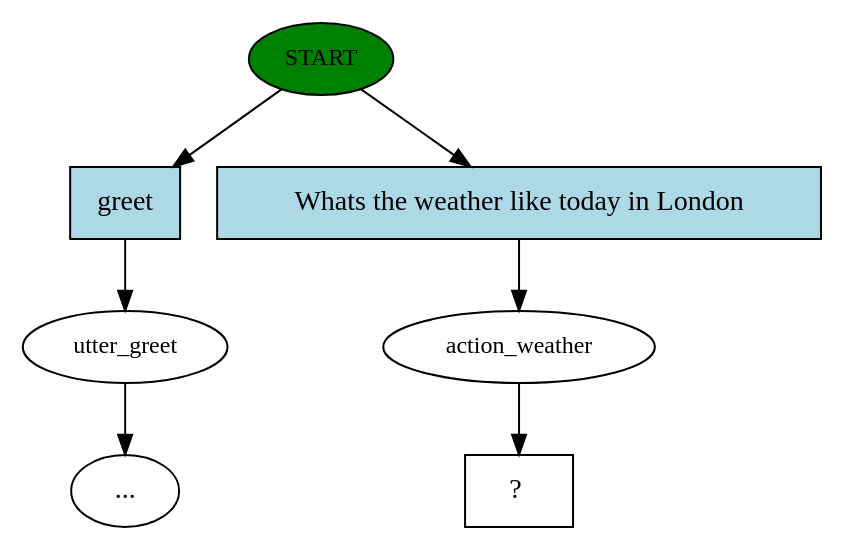
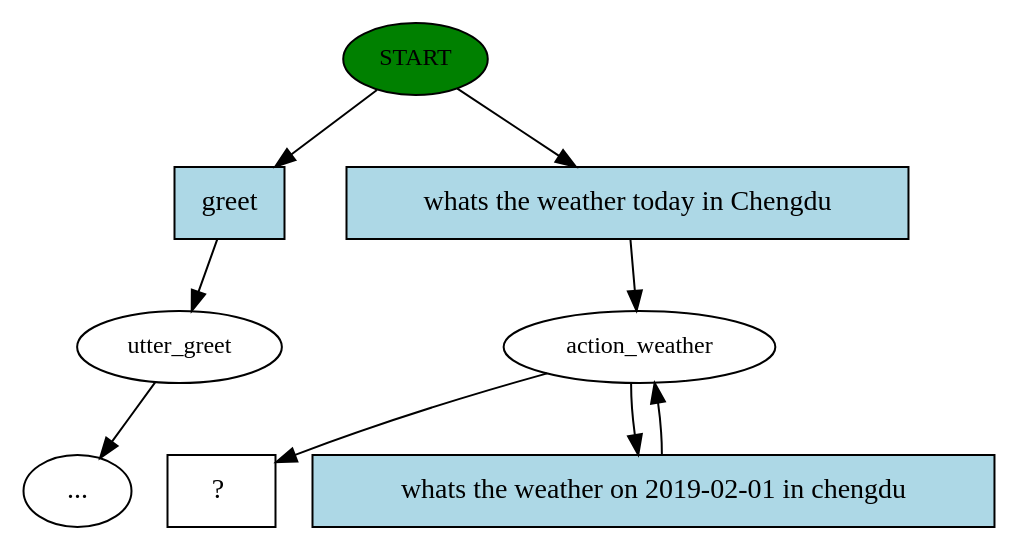
The diagram in story_graph.dot (ryang420/active_bot), drawn with Graphviz before and after one commit. The commit also changed 7 other files, not shown here.

```diff
--- a/story_graph.dot
+++ b/story_graph.dot
@@ -1,15 +1,18 @@
 digraph  {
 0 [class="start active", fillcolor=green, fontsize=12, label=START, style=filled];
 1 [class="", fontsize=12, label=utter_greet];
 "-6" [class=ellipsis, label="..."];
 5 [class=active, fontsize=12, label=action_weather];
-6 [class="intent dashed active", label="  ?  ", shape=rect];
-7 [class=intent, fillcolor=lightblue, label=greet, shape=rect, style=filled];
-8 [class="intent active", fillcolor=lightblue, label="Whats the weather like today in London", shape=rect, style=filled];
-0 -> 7  [class="", key=0];
-0 -> 8  [class=active, key=0];
+8 [class="intent dashed active", label="  ?  ", shape=rect];
+9 [class=intent, fillcolor=lightblue, label=greet, shape=rect, style=filled];
+10 [class="intent active", fillcolor=lightblue, label="whats the weather today in Chengdu", shape=rect, style=filled];
+11 [class="intent active", fillcolor=lightblue, label="whats the weather on 2019-02-01 in chengdu", shape=rect, style=filled];
+0 -> 9  [class="", key=0];
+0 -> 10  [class=active, key=0];
 1 -> "-6"  [class="", key=NONE, label=""];
-5 -> 6  [class=active, key=NONE, label=""];
-7 -> 1  [class="", key=0];
-8 -> 5  [class=active, key=0];
+5 -> 8  [class=active, key=NONE, label=""];
+5 -> 11  [class=active, key=0];
+9 -> 1  [class="", key=0];
+10 -> 5  [class=active, key=0];
+11 -> 5  [class=active, key=0];
 }
```
